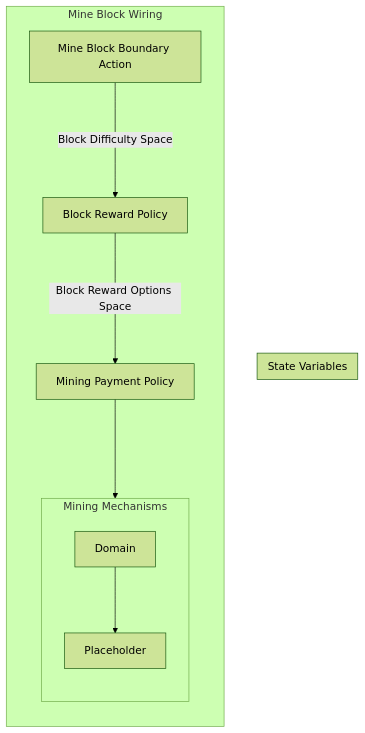
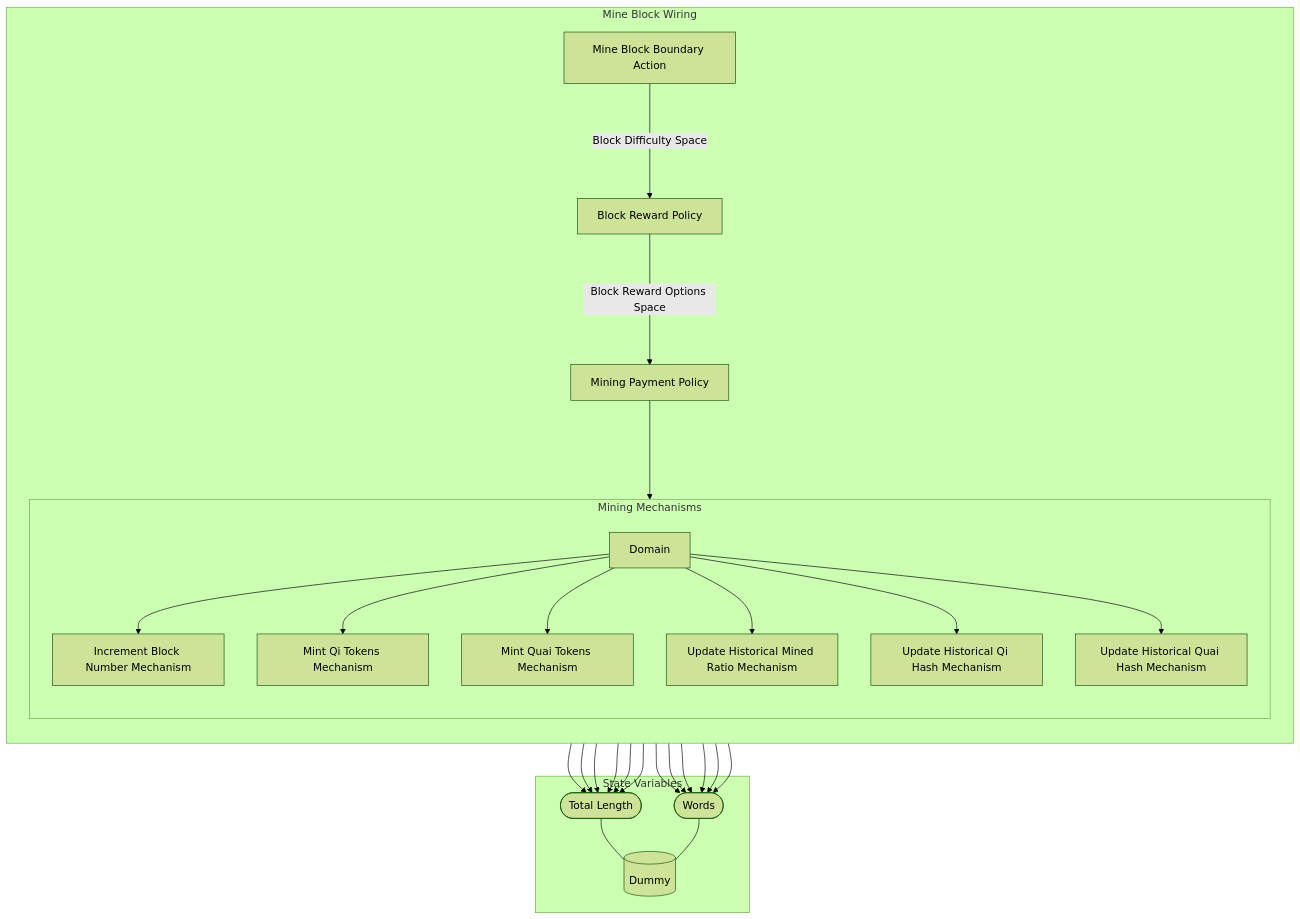
Before and after one commit to dominant-strategies/Quai-Macro-Model: the diagram in Spec/obsidian/Wiring/Mine Block Wiring.md, drawn with Mermaid (forest theme). The commit also changed other lines of this file and 29 other files, not shown here.

````diff
--- a/Spec/obsidian/Wiring/Mine Block Wiring.md
+++ b/Spec/obsidian/Wiring/Mine Block Wiring.md
@@ -3,25 +3,52 @@
 ```mermaid
 graph TB
 
 subgraph SVS["State Variables"]
+EE0[("Dummy")]
+EES0(["Total Length"])
+EES0 --- EE0
+EES1(["Words"])
+EES1 --- EE0
 end
 
-subgraph X8["Mine Block Wiring"]
+subgraph X13["Mine Block Wiring"]
 direction TB
 X1["Mine Block Boundary Action"]
 X2["Block Reward Policy"]
 X3["Mining Payment Policy"]
-subgraph X7["Mining Mechanisms"]
+subgraph X12["Mining Mechanisms"]
 direction TB
-X4["Placeholder"]
-X5[Domain]
+X4["Increment Block Number Mechanism"]
+X4 --> EES1
+X4 --> EES0
+X5["Mint Qi Tokens Mechanism"]
+X5 --> EES1
+X5 --> EES0
+X6["Mint Quai Tokens Mechanism"]
+X6 --> EES1
+X6 --> EES0
+X7["Update Historical Mined Ratio Mechanism"]
+X7 --> EES1
+X7 --> EES0
+X8["Update Historical Qi Hash Mechanism"]
+X8 --> EES1
+X8 --> EES0
+X9["Update Historical Quai Hash Mechanism"]
+X9 --> EES1
+X9 --> EES0
+X10[Domain]
 
 direction LR
 direction TB
-X5 --> X4
+X10 --> X4
+X10 --> X5
+X10 --> X6
+X10 --> X7
+X10 --> X8
+X10 --> X9
 end
 X1--"Block Difficulty Space"--->X2
 X2--"Block Reward Options Space"--->X3
-X3--->X7
+X3--->X12
 end
 ```
````
